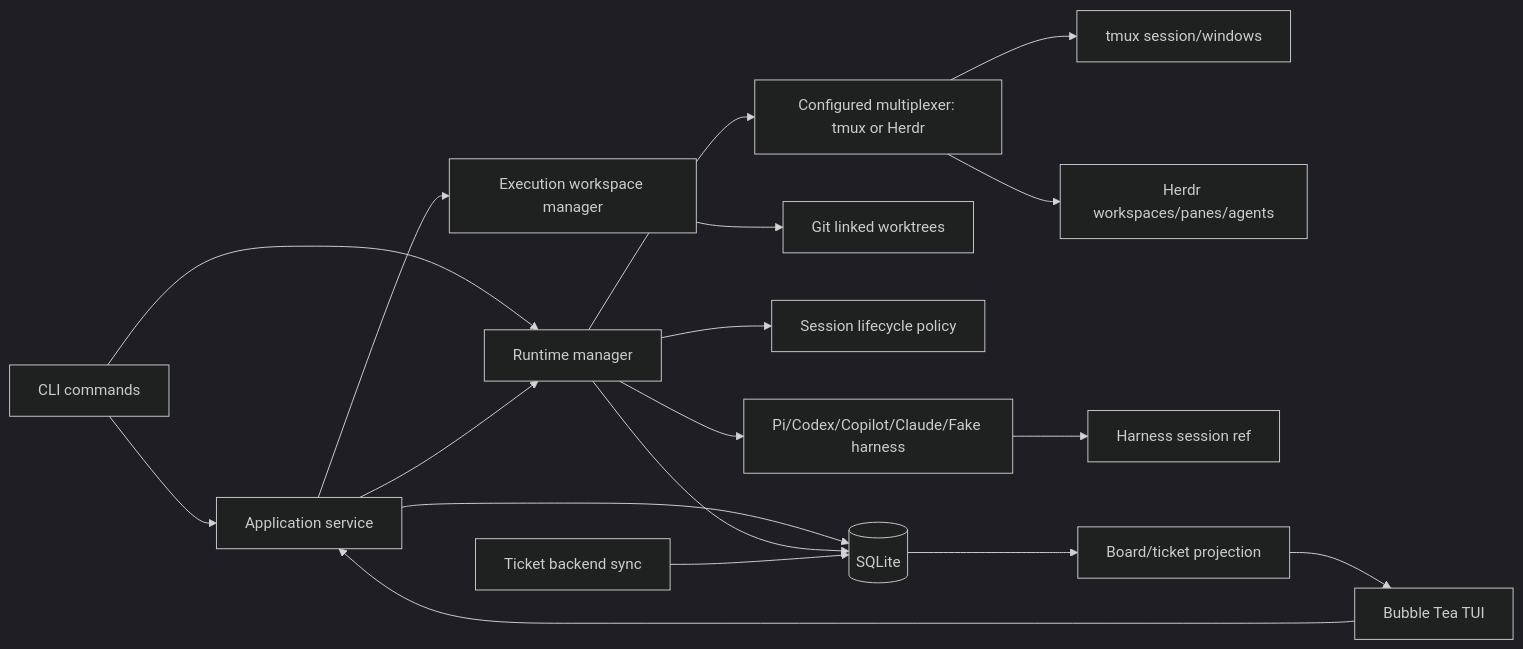
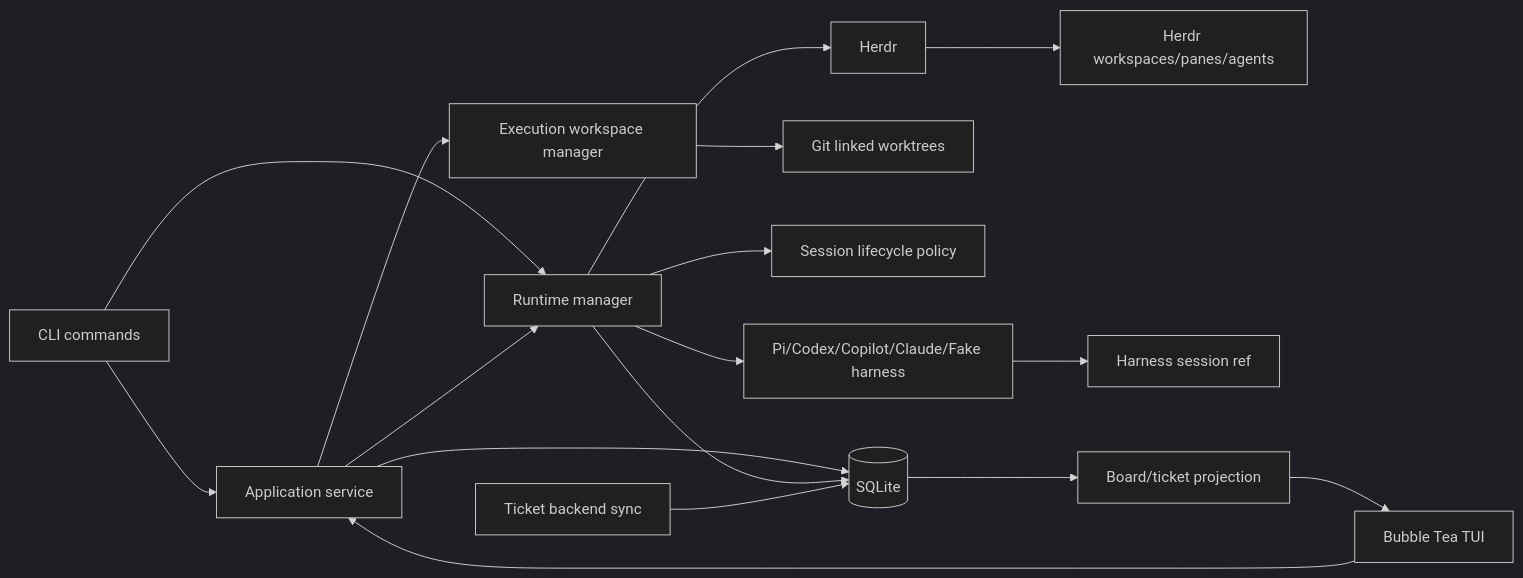
Before and after one commit to carlotran4/kanbi: the first of 5 diagrams in docs/architecture.md, drawn with Mermaid (dark theme). The commit also changed other lines of this file and 78 other files, not shown here.

Commit message:
Replace tmux runtime and verification with Herdr

````diff
--- a/docs/architecture.md
+++ b/docs/architecture.md
@@ -7,20 +7,19 @@
 ```mermaid
 flowchart LR
     CLI[CLI commands] --> App[Application service]
     CLI --> Manager
     TUI[Bubble Tea TUI] --> App
     App --> Store[(SQLite)]
     App --> Workspace[Execution workspace manager]
     Workspace --> Git[Git linked worktrees]
     App --> Manager[Runtime manager]
     Manager --> Policy[Session lifecycle policy]
-    Manager --> Mux[Configured multiplexer: tmux or Herdr]
-    Mux --> Tmux[tmux session/windows]
+    Manager --> Mux[Herdr]
     Mux --> Herdr[Herdr workspaces/panes/agents]
     Manager --> Harness[Pi/Codex/Copilot/Claude/Fake harness]
     Harness --> Ref[Harness session ref]
     Manager --> Store
     Store --> Projection[Board/ticket projection]
     Projection --> TUI
     Sync[Ticket backend sync] --> Store
 ```
````
